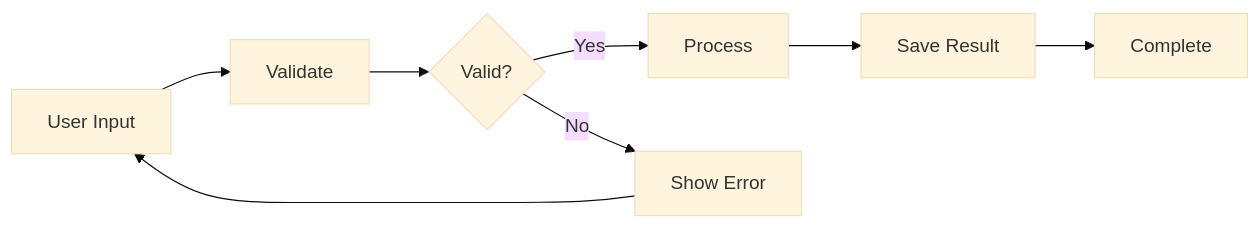
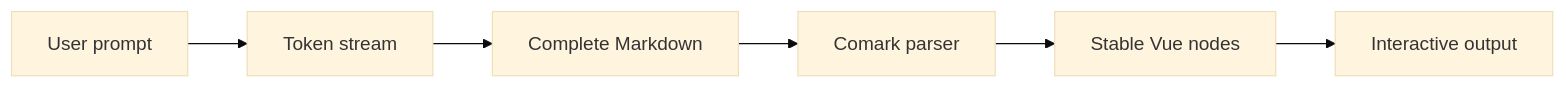
Before and after one commit to jinghaihan/vue-stream-markdown: the first of 2 diagrams in playground/nuxt/app/markdown/landing-page.md, drawn with Mermaid (base theme). The commit also changed other lines of this file and 12 other files, not shown here.

````diff
--- a/playground/nuxt/app/markdown/landing-page.md
+++ b/playground/nuxt/app/markdown/landing-page.md
@@ -161,10 +141,8 @@
 ```mermaid
 flowchart LR
-    A[User Input] --> B[Validate]
-    B --> C{Valid?}
-    C -->|Yes| D[Process]
-    C -->|No| E[Show Error]
-    D --> F[Save Result]
-    E --> A
-    F --> G[Complete]
+    Prompt[User prompt] --> Stream[Token stream]
+    Stream --> Complete[Complete Markdown]
+    Complete --> Parse[Comark parser]
+    Parse --> Render[Stable Vue nodes]
+    Render --> UI[Interactive output]
 ```
````
